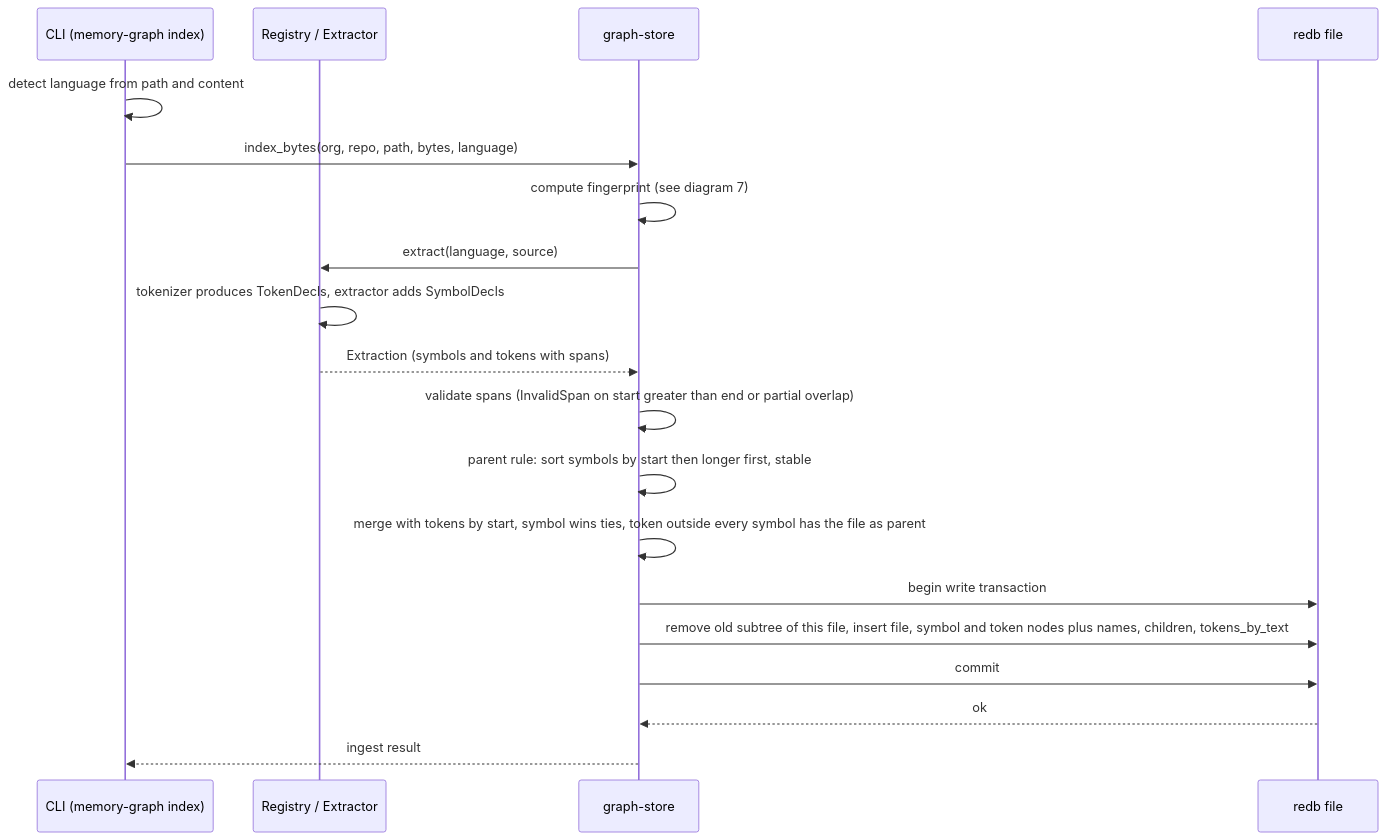
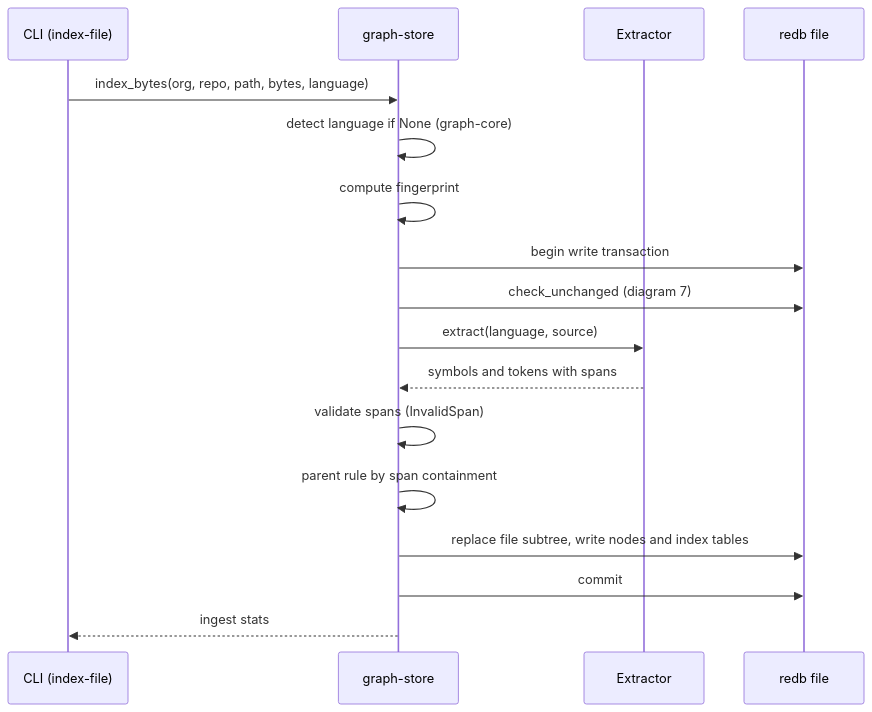
One commit to P47Phoenix/memory-graph changed the sixth of 19 diagrams in docs/architecture-diagrams.md. Above: the diagram before and after it, drawn with Mermaid. The commit also changed other lines of this file and 2 other files, not shown here.

First line of the commit message:
Fix architecture diagram review findings (PR #13)

````diff
--- a/docs/architecture-diagrams.md
+++ b/docs/architecture-diagrams.md
@@ -272,21 +187,19 @@
 ```mermaid
 sequenceDiagram
-    participant CLI as CLI (memory-graph index)
-    participant Reg as Registry / Extractor
+    participant CLI as CLI (index-file)
     participant Store as graph-store
+    participant Reg as Extractor
     participant redb as redb file
-    CLI->>CLI: detect language from path and content
     CLI->>Store: index_bytes(org, repo, path, bytes, language)
-    Store->>Store: compute fingerprint (see diagram 7)
+    Store->>Store: detect language if None (graph-core)
+    Store->>Store: compute fingerprint
+    Store->>redb: begin write transaction
+    Store->>redb: check_unchanged (diagram 7)
     Store->>Reg: extract(language, source)
-    Reg->>Reg: tokenizer produces TokenDecls, extractor adds SymbolDecls
-    Reg-->>Store: Extraction (symbols and tokens with spans)
-    Store->>Store: validate spans (InvalidSpan on start greater than end or partial overlap)
-    Store->>Store: parent rule: sort symbols by start then longer first, stable
-    Store->>Store: merge with tokens by start, symbol wins ties, token outside every symbol has the file as parent
-    Store->>redb: begin write transaction
-    Store->>redb: remove old subtree of this file, insert file, symbol and token nodes plus names, children, tokens_by_text
+    Reg-->>Store: symbols and tokens with spans
+    Store->>Store: validate spans (InvalidSpan)
+    Store->>Store: parent rule by span containment
+    Store->>redb: replace file subtree, write nodes and index tables
     Store->>redb: commit
-    redb-->>Store: ok
-    Store-->>CLI: ingest result
+    Store-->>CLI: ingest stats
 ```
````
